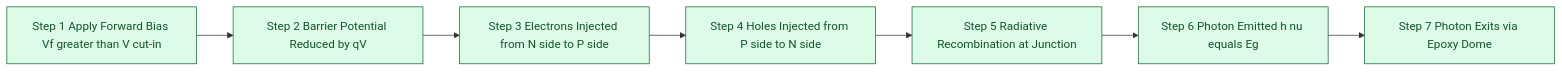
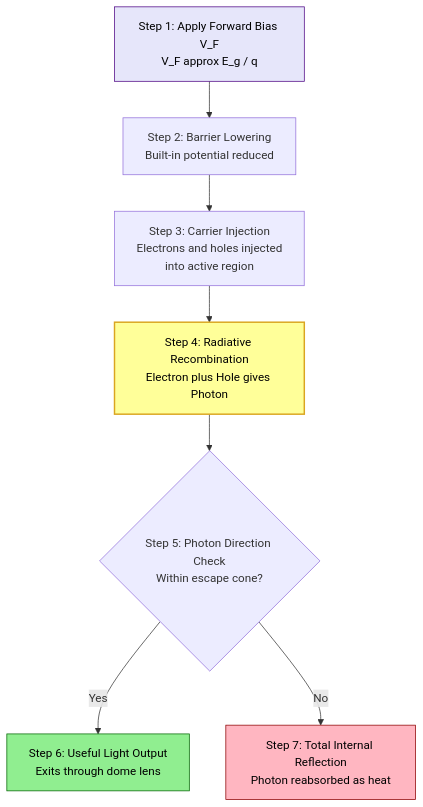
One commit to vishnuu-kr/ktunode changed the third of 3 diagrams in public/notes/computer-science-and-engineering/semester-1/gapht121-physics-for-information-science/04-module-4-semiconductor-devices/light-emitting-diode/notes.md. Above: the diagram before and after it, drawn with Mermaid. The commit also changed other lines of this file and 4829 other files, not shown here.

````diff
--- a/public/notes/computer-science-and-engineering/semester-1/gapht121-physics-for-information-science/04-module-4-semiconductor-devices/light-emitting-diode/notes.md
+++ b/public/notes/computer-science-and-engineering/semester-1/gapht121-physics-for-information-science/04-module-4-semiconductor-devices/light-emitting-diode/notes.md
@@ -387,14 +447,22 @@
 ```mermaid
-flowchart LR
-    step1["Step 1 Apply Forward Bias Vf greater than V cut-in"]:::node
-    step2["Step 2 Barrier Potential Reduced by qV"]:::node
-    step3["Step 3 Electrons Injected from N side to P side"]:::node
-    step4["Step 4 Holes Injected from P side to N side"]:::node
-    step5["Step 5 Radiative Recombination at Junction"]:::node
-    step6["Step 6 Photon Emitted h nu equals Eg"]:::node
-    step7["Step 7 Photon Exits via Epoxy Dome"]:::node
+flowchart TD
+    S1["Step 1: Apply Forward Bias V_F<br/>V_F approx E_g / q"]
+    S2["Step 2: Barrier Lowering<br/>Built-in potential reduced"]
+    S3["Step 3: Carrier Injection<br/>Electrons and holes injected<br/>into active region"]
+    S4["Step 4: Radiative Recombination<br/>Electron plus Hole gives Photon"]
+    S5{"Step 5: Photon Direction Check<br/>Within escape cone?"}
+    S6["Step 6: Useful Light Output<br/>Exits through dome lens"]
+    S7["Step 7: Total Internal Reflection<br/>Photon reabsorbed as heat"]
 
-    step1 --> step2 --> step3 --> step4 --> step5 --> step6 --> step7
+    S1 --> S2
+    S2 --> S3
+    S3 --> S4
+    S4 --> S5
+    S5 -- Yes --> S6
+    S5 -- No --> S7
 
-    classDef node fill:#dcfce7,stroke:#166534,stroke-width:1px,color:#14532d
+    style S1 fill:#E6E6FA,stroke:#4B0082,color:#000
+    style S4 fill:#FFFF99,stroke:#DAA520,stroke-width:2px,color:#000
+    style S6 fill:#90EE90,stroke:#006400,color:#000
+    style S7 fill:#FFB6C1,stroke:#8B0000,color:#000
 ```
````
